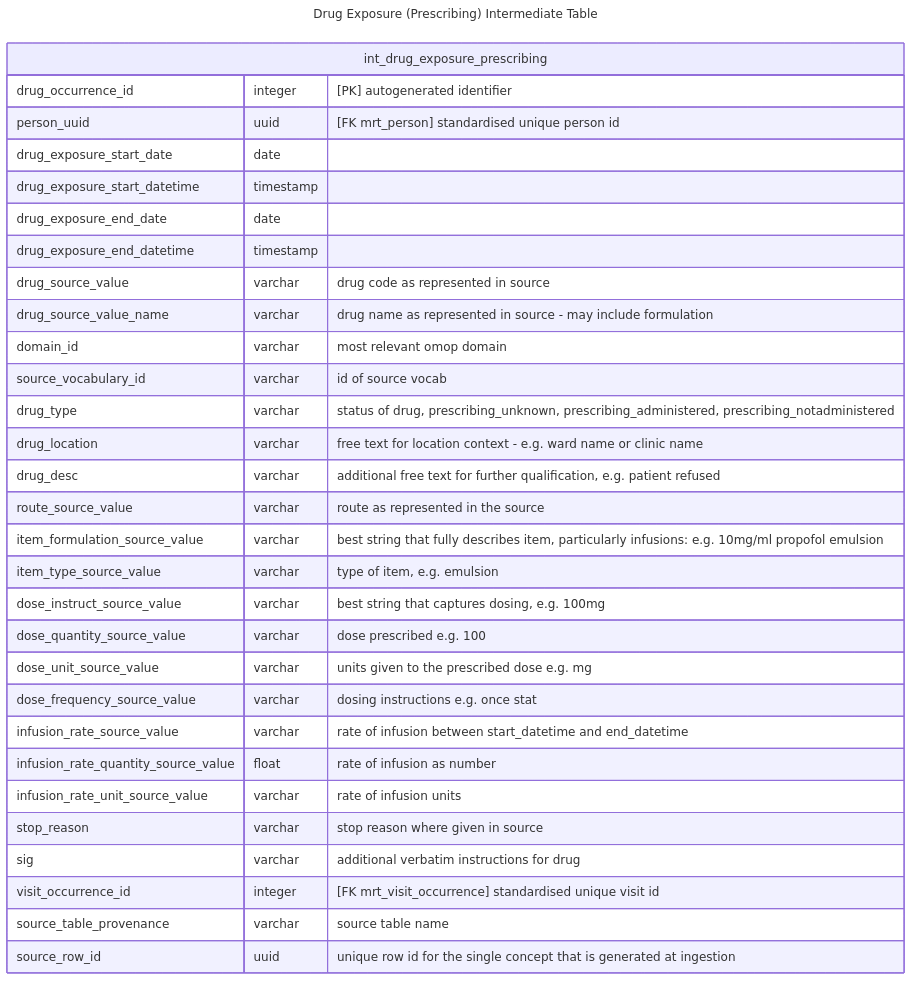
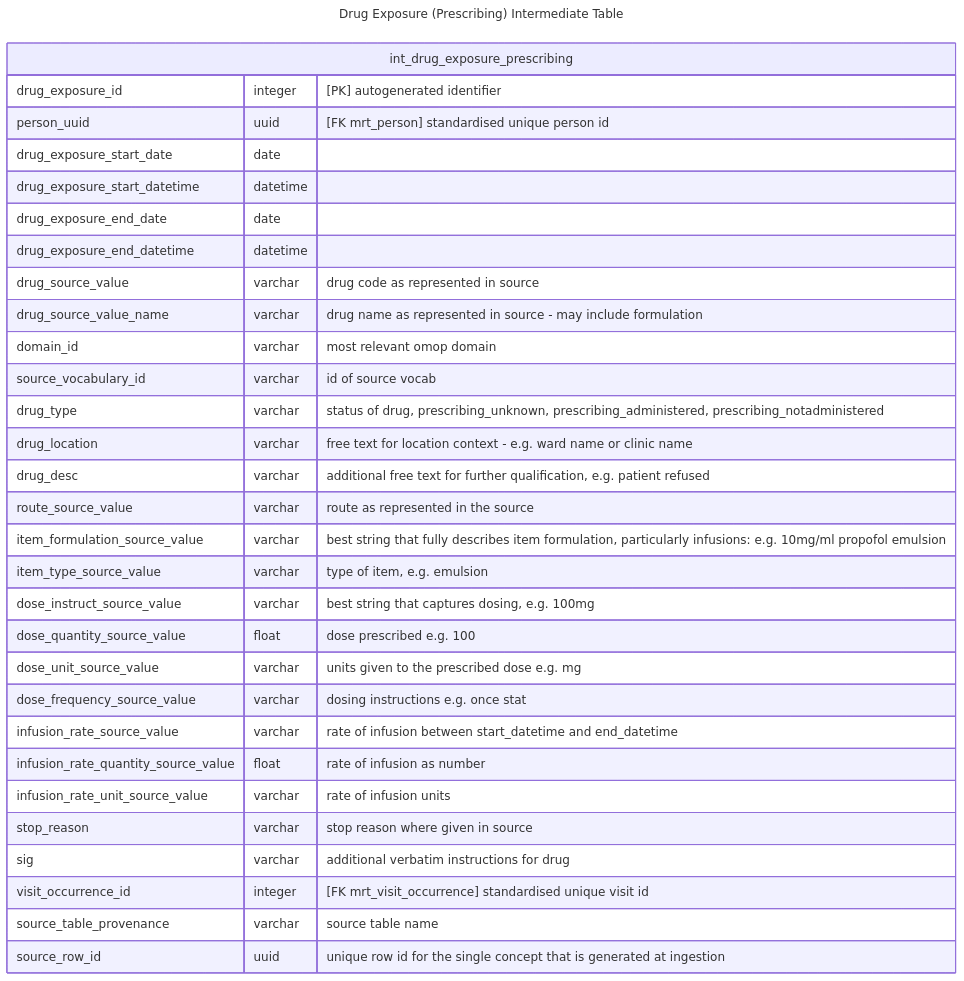
The second of 4 diagrams in src/pages/data_model/cdm_drug_exposure.qmd (d3london/sde_aic_external_docs), drawn with Mermaid before and after one commit. The commit also changed other lines of this file and 4 other files, not shown here.

````diff
--- a/src/pages/data_model/cdm_drug_exposure.qmd
+++ b/src/pages/data_model/cdm_drug_exposure.qmd
@@ -81,36 +81,36 @@
 ```{mermaid}
 ---
 title: Drug Exposure (Prescribing) Intermediate Table
 ---
 erDiagram
     int_drug_exposure_prescribing {
-        drug_occurrence_id integer "[PK] autogenerated identifier"
+        drug_exposure_id integer "[PK] autogenerated identifier"
         person_uuid uuid "[FK mrt_person] standardised unique person id"
         drug_exposure_start_date date
-        drug_exposure_start_datetime timestamp
+        drug_exposure_start_datetime datetime
         drug_exposure_end_date date
-        drug_exposure_end_datetime timestamp        
+        drug_exposure_end_datetime datetime        
         drug_source_value varchar "drug code as represented in source"
         drug_source_value_name varchar "drug name as represented in source - may include formulation"
         domain_id varchar "most relevant omop domain"
         source_vocabulary_id varchar "id of source vocab"
         drug_type varchar "status of drug, prescribing_unknown, prescribing_administered, prescribing_notadministered"
         drug_location varchar "free text for location context - e.g. ward name or clinic name"
         drug_desc varchar "additional free text for further qualification, e.g. patient refused"
         route_source_value varchar "route as represented in the source"
-        item_formulation_source_value varchar "best string that fully describes item, particularly infusions: e.g. 10mg/ml propofol emulsion"       
+        item_formulation_source_value varchar "best string that fully describes item formulation, particularly infusions: e.g. 10mg/ml propofol emulsion"       
         item_type_source_value varchar "type of item, e.g. emulsion"        
         dose_instruct_source_value varchar "best string that captures dosing, e.g. 100mg"
-        dose_quantity_source_value varchar "dose prescribed e.g. 100"
+        dose_quantity_source_value float "dose prescribed e.g. 100"
         dose_unit_source_value varchar "units given to the prescribed dose e.g. mg"
         dose_frequency_source_value varchar "dosing instructions e.g. once stat"
         infusion_rate_source_value varchar "rate of infusion between start_datetime and end_datetime"
         infusion_rate_quantity_source_value float "rate of infusion as number"
         infusion_rate_unit_source_value varchar "rate of infusion units"
         stop_reason varchar "stop reason where given in source"
         sig varchar "additional verbatim instructions for drug"
         visit_occurrence_id integer "[FK mrt_visit_occurrence] standardised unique visit id"
         source_table_provenance varchar "source table name"
         source_row_id uuid "unique row id for the single concept that is generated at ingestion"
     }
 ```
````
